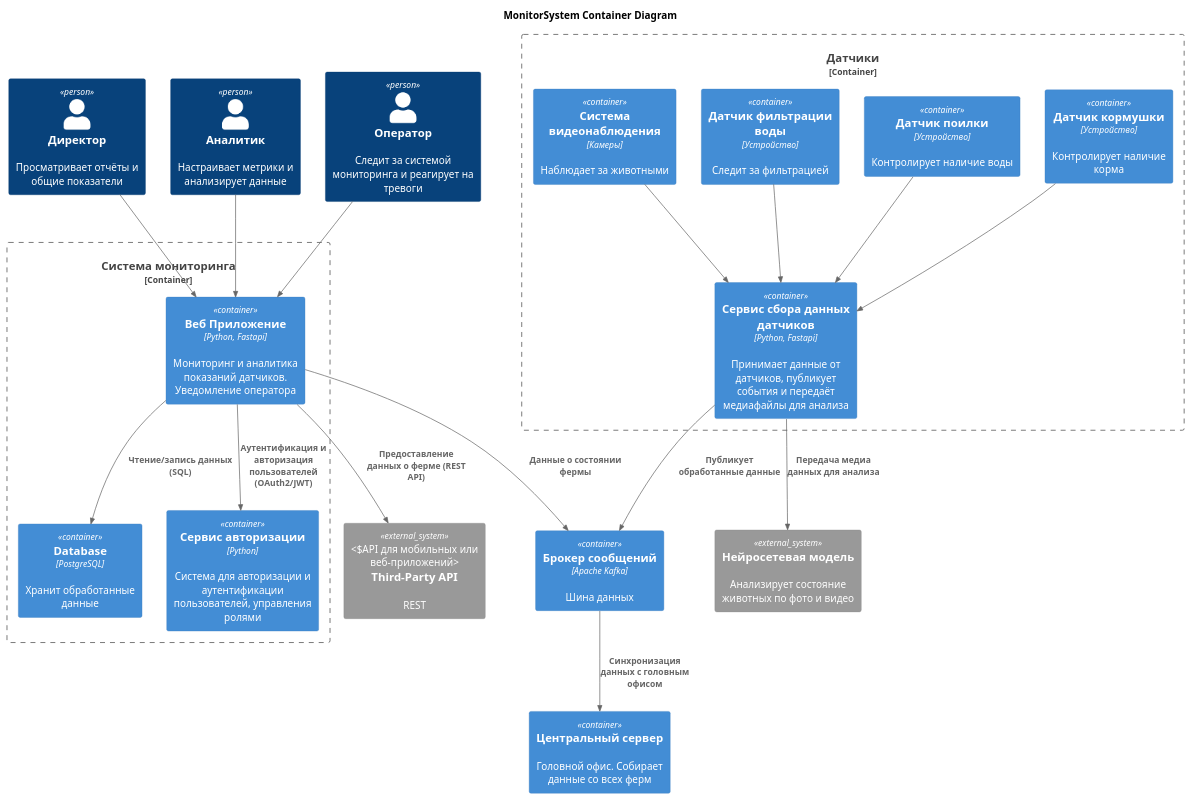
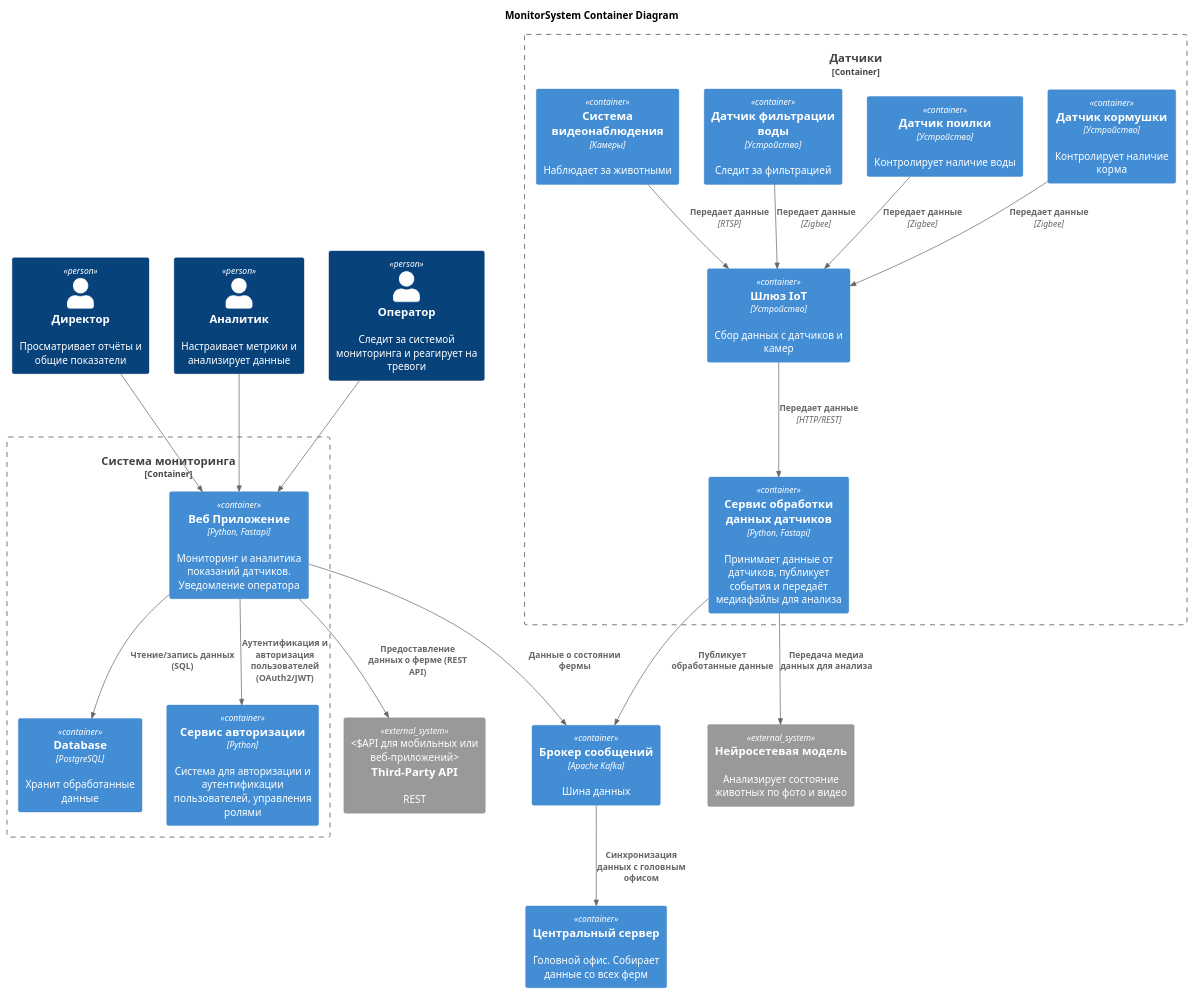
The diagram in Task2/container_main_solution.puml (VadimVolkovsky/MSA-AgroTech), drawn with PlantUML before and after one commit. The commit also changed 5 other files, not shown here.

```diff
--- a/Task2/container_main_solution.puml
+++ b/Task2/container_main_solution.puml
@@ -1,47 +1,51 @@
 @startuml
 !include C4_Container.puml
 
 title MonitorSystem Container Diagram
 
 top to bottom direction
 
 Person(director, "Директор", "Просматривает отчёты и общие показатели")
 Person(analyst, "Аналитик", "Настраивает метрики и анализирует данные")
 Person(operator, "Оператор", "Следит за системой мониторинга и реагирует на тревоги")
 
 Container_Boundary(Sensors, "Датчики") {
   Container(FoodSensor, "Датчик кормушки", "Устройство", "Контролирует наличие корма")
   Container(WaterSensor, "Датчик поилки", "Устройство", "Контролирует наличие воды")
   Container(WaterFilterSensor, "Датчик фильтрации воды", "Устройство", "Следит за фильтрацией")
-  Container(AnimalTracker, "Система видеонаблюдения", "Камеры", "Наблюдает за животными")
-  Container(SensorTracker, "Сервис сбора данных датчиков", "Python, Fastapi", "Принимает данные от датчиков, публикует события и передаёт медиафайлы для анализа")
+  Container(VideoSystem, "Система видеонаблюдения", "Камеры", "Наблюдает за животными")
+  Container(MiniServer, "Шлюз IoT", "Устройство", "Сбор данных с датчиков и камер")
+  Container(SensorTracker, "Сервис обработки данных датчиков", "Python, Fastapi", "Принимает данные от датчиков, публикует события и передаёт медиафайлы для анализа")
 }
 
 Container(kafka, "Брокер сообщений", "Apache Kafka", "Шина данных")
 Container(HeadOfficeSystem, "Центральный сервер", "", "Головной офис. Собирает данные со всех ферм")
 
 
 Container_Boundary(MonitorSystem, "Система мониторинга") {
   Container(MainApp, "Веб Приложение", "Python, Fastapi", "Мониторинг и аналитика показаний датчиков. Уведомление оператора")
   Container(Database, "Database", "PostgreSQL", "Хранит обработанные данные")
   Container(AuthService, "Сервис авторизации", "Python", "Система для авторизации и аутентификации пользователей, управления ролями")
 }
 
 System_Ext(api, "Third-Party API", "REST", "API для мобильных или веб-приложений")
 System_Ext(AI_model, "Нейросетевая модель", "Анализирует состояние животных по фото и видео")
 
 Rel(operator, MainApp, "")
 Rel(director, MainApp, "")
 Rel(analyst, MainApp, "")
-Rel(FoodSensor,SensorTracker,"")
-Rel(WaterSensor,SensorTracker,"")
-Rel(WaterFilterSensor,SensorTracker,"")
-Rel(AnimalTracker,SensorTracker,"")
+
+Rel(FoodSensor,MiniServer, "Передает данные", "Zigbee")
+Rel(WaterSensor,MiniServer,"Передает данные", "Zigbee")
+Rel(WaterFilterSensor,MiniServer,"Передает данные", "Zigbee")
+Rel(VideoSystem,MiniServer,"Передает данные", "RTSP")
+Rel(MiniServer,SensorTracker,"Передает данные", "HTTP/REST")
 Rel(SensorTracker,kafka, "Публикует обработанные данные")
 Rel(SensorTracker,AI_model,"Передача медиа данных для анализа")
+
 Rel(MainApp,kafka,"Данные о состоянии фермы")
 Rel(MainApp, AuthService, "Аутентификация и авторизация пользователей (OAuth2/JWT)")
 Rel(kafka,HeadOfficeSystem, "Синхронизация данных с головным офисом")
 Rel(MainApp, Database, "Чтение/запись данных (SQL)")
 Rel(MainApp, api, "Предоставление данных о ферме (REST API)")
 @enduml
```
